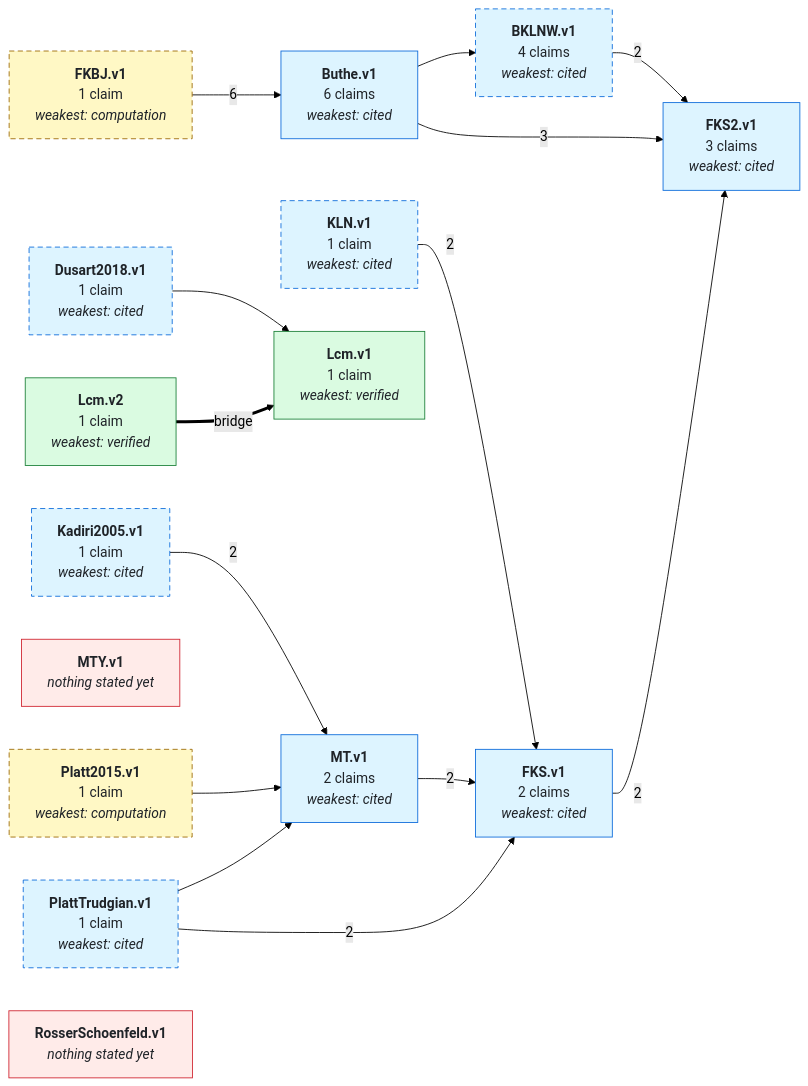
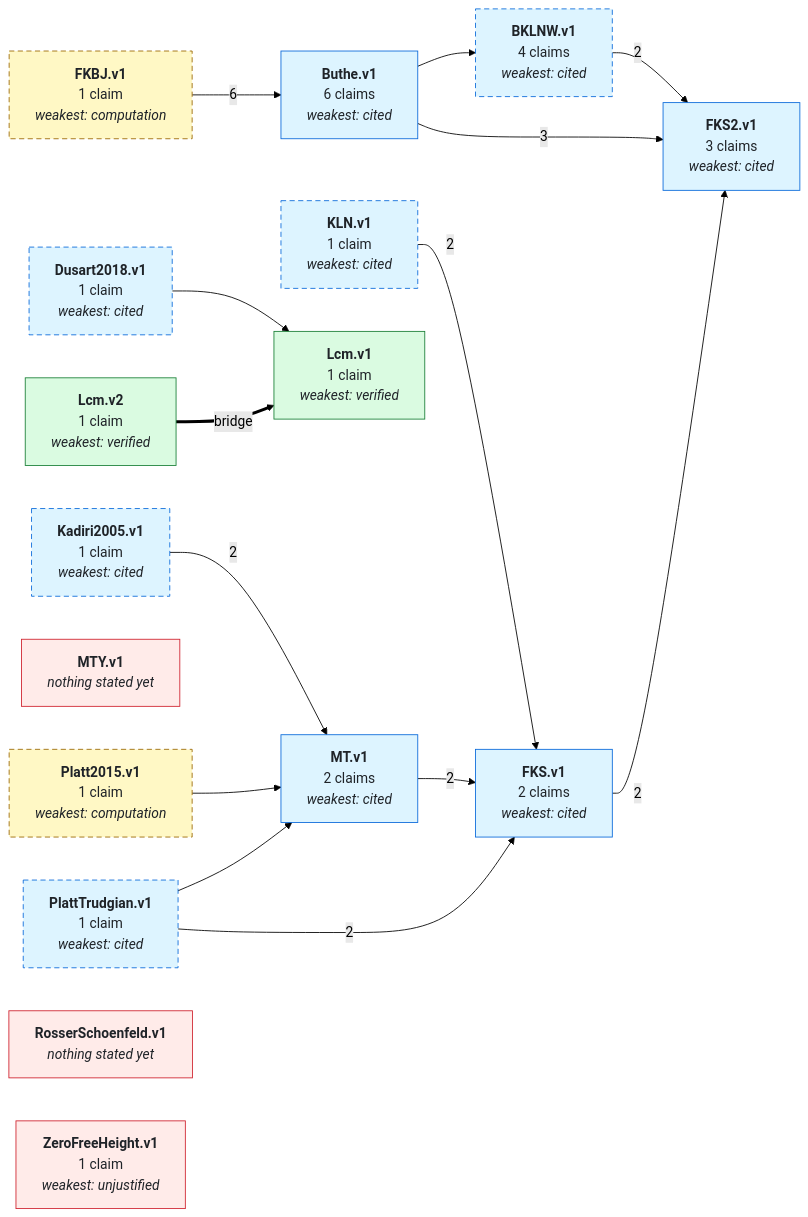
The first of 2 diagrams in GRAPH.md (teorth/IEANTN), drawn with Mermaid (forest theme) before and after one commit. The commit also changed other lines of this file and 13 other files, not shown here.

````diff
--- a/GRAPH.md
+++ b/GRAPH.md
@@ -40,61 +40,63 @@
 ```mermaid
 graph LR
   NBKLNW_v1["<b>BKLNW.v1</b><br/>4 claims<br/><i>weakest: cited</i>"]
   NButhe_v1["<b>Buthe.v1</b><br/>6 claims<br/><i>weakest: cited</i>"]
   NDusart2018_v1["<b>Dusart2018.v1</b><br/>1 claim<br/><i>weakest: cited</i>"]
   NFKBJ_v1["<b>FKBJ.v1</b><br/>1 claim<br/><i>weakest: computation</i>"]
   NFKS_v1["<b>FKS.v1</b><br/>2 claims<br/><i>weakest: cited</i>"]
   NFKS2_v1["<b>FKS2.v1</b><br/>3 claims<br/><i>weakest: cited</i>"]
   NKLN_v1["<b>KLN.v1</b><br/>1 claim<br/><i>weakest: cited</i>"]
   NKadiri2005_v1["<b>Kadiri2005.v1</b><br/>1 claim<br/><i>weakest: cited</i>"]
   NLcm_v1["<b>Lcm.v1</b><br/>1 claim<br/><i>weakest: verified</i>"]
   NLcm_v2["<b>Lcm.v2</b><br/>1 claim<br/><i>weakest: verified</i>"]
   NMT_v1["<b>MT.v1</b><br/>2 claims<br/><i>weakest: cited</i>"]
   NMTY_v1["<b>MTY.v1</b><br/><i>nothing stated yet</i>"]
   NPlatt2015_v1["<b>Platt2015.v1</b><br/>1 claim<br/><i>weakest: computation</i>"]
   NPlattTrudgian_v1["<b>PlattTrudgian.v1</b><br/>1 claim<br/><i>weakest: cited</i>"]
   NRosserSchoenfeld_v1["<b>RosserSchoenfeld.v1</b><br/><i>nothing stated yet</i>"]
+  NZeroFreeHeight_v1["<b>ZeroFreeHeight.v1</b><br/>1 claim<br/><i>weakest: unjustified</i>"]
   NBKLNW_v1 -->|2| NFKS2_v1
   NButhe_v1 --> NBKLNW_v1
   NButhe_v1 -->|3| NFKS2_v1
   NDusart2018_v1 --> NLcm_v1
   NFKBJ_v1 -->|6| NButhe_v1
   NFKS_v1 -->|2| NFKS2_v1
   NKLN_v1 -->|2| NFKS_v1
   NKadiri2005_v1 -->|2| NMT_v1
   NMT_v1 -->|2| NFKS_v1
   NPlatt2015_v1 --> NMT_v1
   NPlattTrudgian_v1 -->|2| NFKS_v1
   NPlattTrudgian_v1 --> NMT_v1
   NLcm_v2 ==>|bridge| NLcm_v1
   style NBKLNW_v1 stroke-dasharray: 6 4;
   style NDusart2018_v1 stroke-dasharray: 6 4;
   style NFKBJ_v1 stroke-dasharray: 6 4;
   style NKLN_v1 stroke-dasharray: 6 4;
   style NKadiri2005_v1 stroke-dasharray: 6 4;
   style NPlatt2015_v1 stroke-dasharray: 6 4;
   style NPlattTrudgian_v1 stroke-dasharray: 6 4;
-  class NMTY_v1,NRosserSchoenfeld_v1 none_yet;
+  class NMTY_v1,NRosserSchoenfeld_v1,NZeroFreeHeight_v1 none_yet;
   class NBKLNW_v1,NButhe_v1,NDusart2018_v1,NFKS_v1,NFKS2_v1,NKLN_v1,NKadiri2005_v1,NMT_v1,NPlattTrudgian_v1 literature;
   class NFKBJ_v1,NPlatt2015_v1 numerical;
   class NLcm_v1,NLcm_v2 lean_comparator;
   click NBKLNW_v1 href "docs/nodes/BKLNW-v1.md" _blank
   click NButhe_v1 href "docs/nodes/Buthe-v1.md" _blank
   click NDusart2018_v1 href "docs/nodes/Dusart2018-v1.md" _blank
   click NFKBJ_v1 href "docs/nodes/FKBJ-v1.md" _blank
   click NFKS_v1 href "docs/nodes/FKS-v1.md" _blank
   click NFKS2_v1 href "docs/nodes/FKS2-v1.md" _blank
   click NKLN_v1 href "docs/nodes/KLN-v1.md" _blank
   click NKadiri2005_v1 href "docs/nodes/Kadiri2005-v1.md" _blank
   click NLcm_v1 href "docs/nodes/Lcm-v1.md" _blank
   click NLcm_v2 href "docs/nodes/Lcm-v2.md" _blank
   click NMT_v1 href "docs/nodes/MT-v1.md" _blank
   click NPlatt2015_v1 href "docs/nodes/Platt2015-v1.md" _blank
   click NPlattTrudgian_v1 href "docs/nodes/PlattTrudgian-v1.md" _blank
+  click NZeroFreeHeight_v1 href "docs/nodes/ZeroFreeHeight-v1.md" _blank
   classDef lean_comparator fill:#dafbe1,stroke:#1a7f37,color:#1f2328;
   classDef numerical fill:#fff8c5,stroke:#9a6700,color:#1f2328;
   classDef literature fill:#ddf4ff,stroke:#0969da,color:#1f2328;
   classDef asserted fill:#fff1e5,stroke:#bc4c00,color:#1f2328;
   classDef bridged fill:#fbefff,stroke:#8250df,color:#1f2328;
   classDef none_yet fill:#ffebe9,stroke:#cf222e,color:#1f2328;
 ```
````
